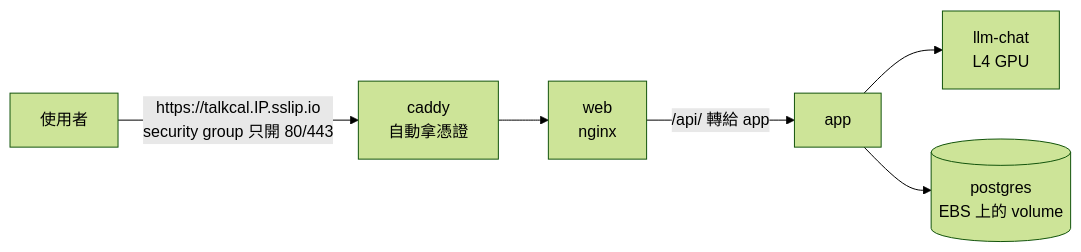
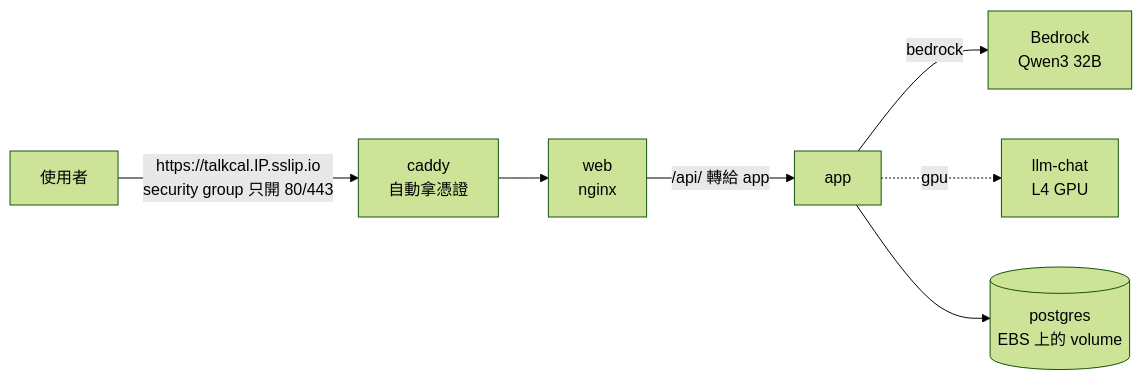
The first of 2 diagrams in infra/envs/1-ec2/README.md (Anderson-chen/talkcal), drawn with Mermaid (forest theme) before and after one commit. The commit also changed other lines of this file and 17 other files, not shown here.

First line of the commit message:
雲端先走一般機型 + Bedrock，GPU 那條路用 model_backend 留著

````diff
--- a/infra/envs/1-ec2/README.md
+++ b/infra/envs/1-ec2/README.md
@@ -10,8 +31,9 @@
 ```mermaid
 flowchart LR
     user["使用者"] -->|"https://talkcal.IP.sslip.io<br/>security group 只開 80/443"| caddy["caddy<br/>自動拿憑證"]
     caddy --> web["web<br/>nginx"]
     web -->|"/api/ 轉給 app"| app["app"]
-    app --> llm["llm-chat<br/>L4 GPU"]
+    app -->|"bedrock"| br["Bedrock<br/>Qwen3 32B"]
+    app -.->|"gpu"| llm["llm-chat<br/>L4 GPU"]
     app --> pg[("postgres<br/>EBS 上的 volume")]
 ```
````
